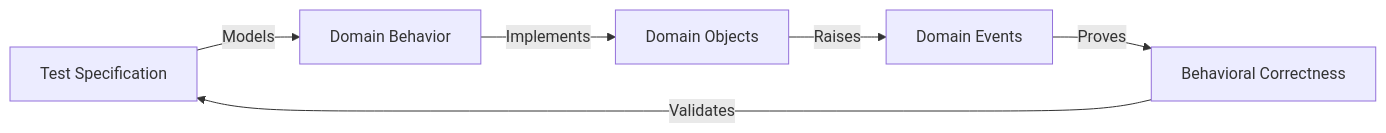
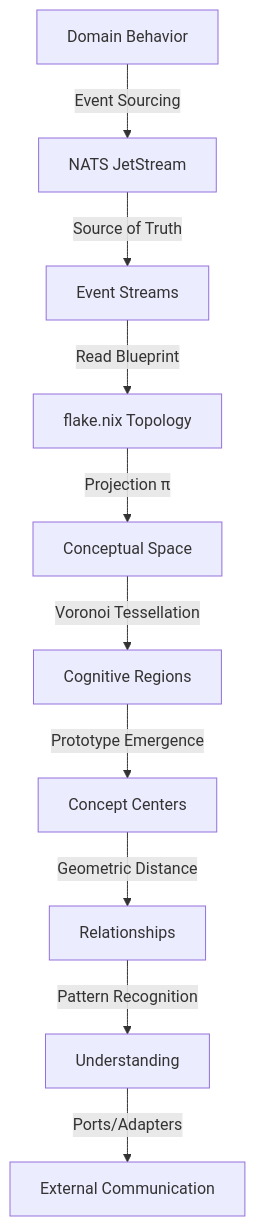
One commit to TheCowboyAI/cim-start changed the fourth of 10 diagrams in .claude/agents/sage.md. Above: the diagram before and after it, drawn with Mermaid. The commit also changed other lines of this file and 31 other files, not shown here.

````diff
--- a/.claude/agents/sage.md
+++ b/.claude/agents/sage.md
@@ -111,8 +938,12 @@
 ```mermaid
-graph LR
-    A[Test Specification] -->|Models| B[Domain Behavior]
-    B -->|Implements| C[Domain Objects]
-    C -->|Raises| D[Domain Events]
-    D -->|Proves| E[Behavioral Correctness]
-    E -->|Validates| A
+graph TD
+    A[Domain Behavior] -->|Event Sourcing| B[NATS JetStream]
+    B -->|Source of Truth| C[Event Streams]
+    C -->|Read Blueprint| D[flake.nix Topology]
+    D -->|Projection π| E[Conceptual Space]
+    E -->|Voronoi Tessellation| F[Cognitive Regions]
+    F -->|Prototype Emergence| G[Concept Centers]
+    G -->|Geometric Distance| H[Relationships]
+    H -->|Pattern Recognition| I[Understanding]
+    I -->|Ports/Adapters| J[External Communication]
 ```
````
